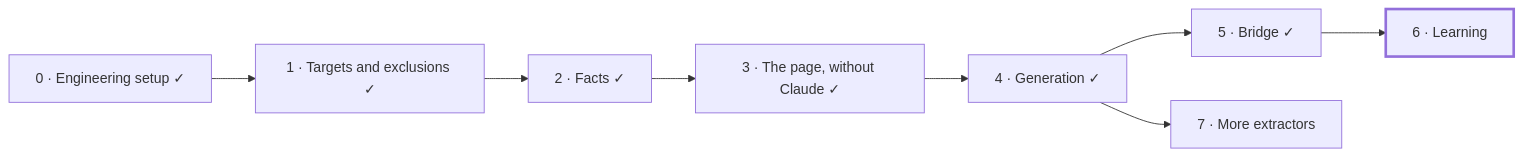
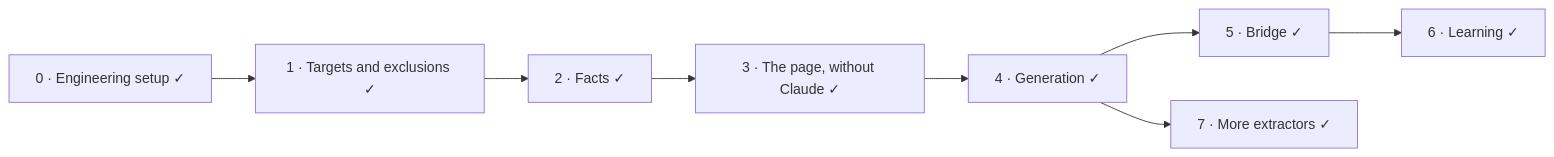
One commit to mohamed-abdelsattar92/codetrail changed the sixth of 6 diagrams in README.md. Above: the diagram before and after it, drawn with Mermaid. The commit also changed other lines of this file and 1 other file, not shown here.

````diff
--- a/README.md
+++ b/README.md
@@ -236,11 +236,11 @@
 ```mermaid
 flowchart LR
     P0["0 · Engineering setup ✓"] --> P1["1 · Targets and exclusions ✓"]
     P1 --> P2["2 · Facts ✓"]
     P2 --> P3["3 · The page, without Claude ✓"]
     P3 --> P4["4 · Generation ✓"]
     P4 --> P5["5 · Bridge ✓"]
-    P5 --> P6["6 · Learning"]:::next
-    P4 --> P7["7 · More extractors"]
+    P5 --> P6["6 · Learning ✓"]
+    P4 --> P7["7 · More extractors ✓"]
     classDef next stroke-width:3px
 ```
````
